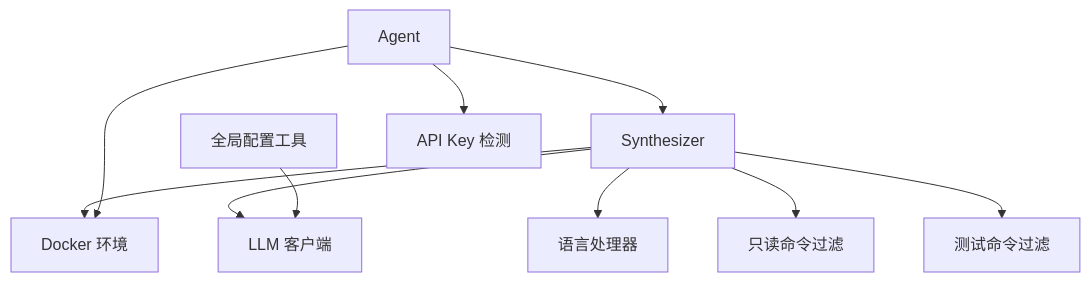
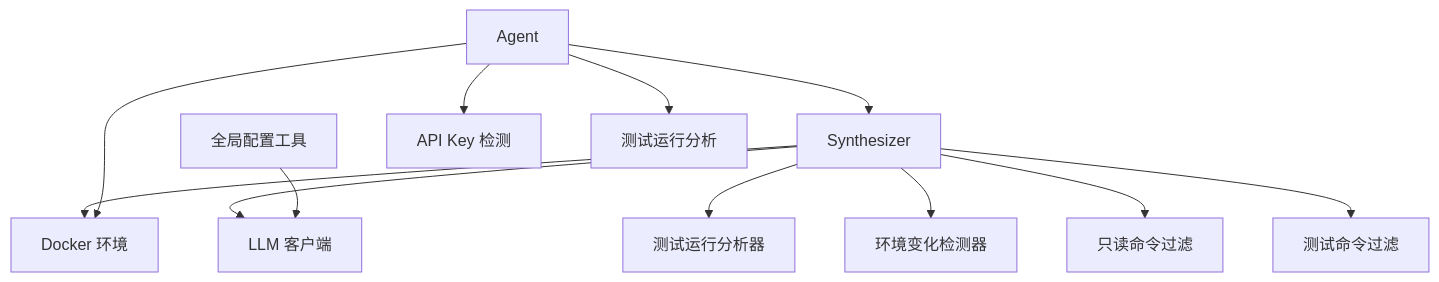
Before and after one commit to Jayint/Jayint-repo: diagram 12 of 12 in .qoder/repowiki/zh/content/核心组件/Synthesizer 模块/Synthesizer 模块.md, drawn with Mermaid. The commit also changed other lines of this file and 497 other files, not shown here.

````diff
--- a/.qoder/repowiki/zh/content/核心组件/Synthesizer 模块/Synthesizer 模块.md
+++ b/.qoder/repowiki/zh/content/核心组件/Synthesizer 模块/Synthesizer 模块.md
@@ -368,12 +537,14 @@
 ```mermaid
 graph TB
 Synth["Synthesizer"] --> DockerEnv["Docker 环境"]
 Synth --> LLM["LLM 客户端"]
-Synth --> LangHandlers["语言处理器"]
+Synth --> TestAnalyzer["测试运行分析器"]
+Synth --> EnvDetector["环境变化检测器"]
 Synth --> ReadOnlyFilter["只读命令过滤"]
 Synth --> TestFilter["测试命令过滤"]
 Config["全局配置工具"] --> LLM
 Agent["Agent"] --> Synth
 Agent --> DockerEnv
 Agent --> ApiKeyDetection["API Key 检测"]
+Agent --> TestAnalysis["测试运行分析"]
 ```
````
